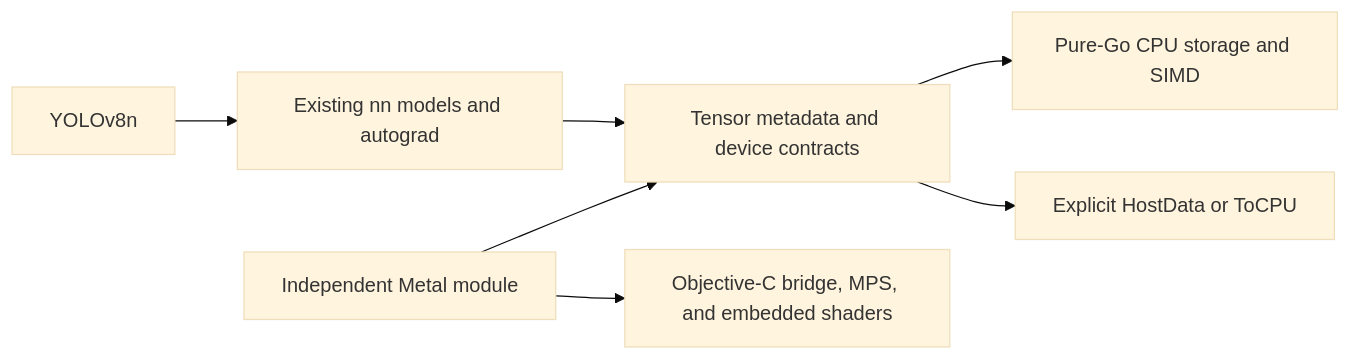
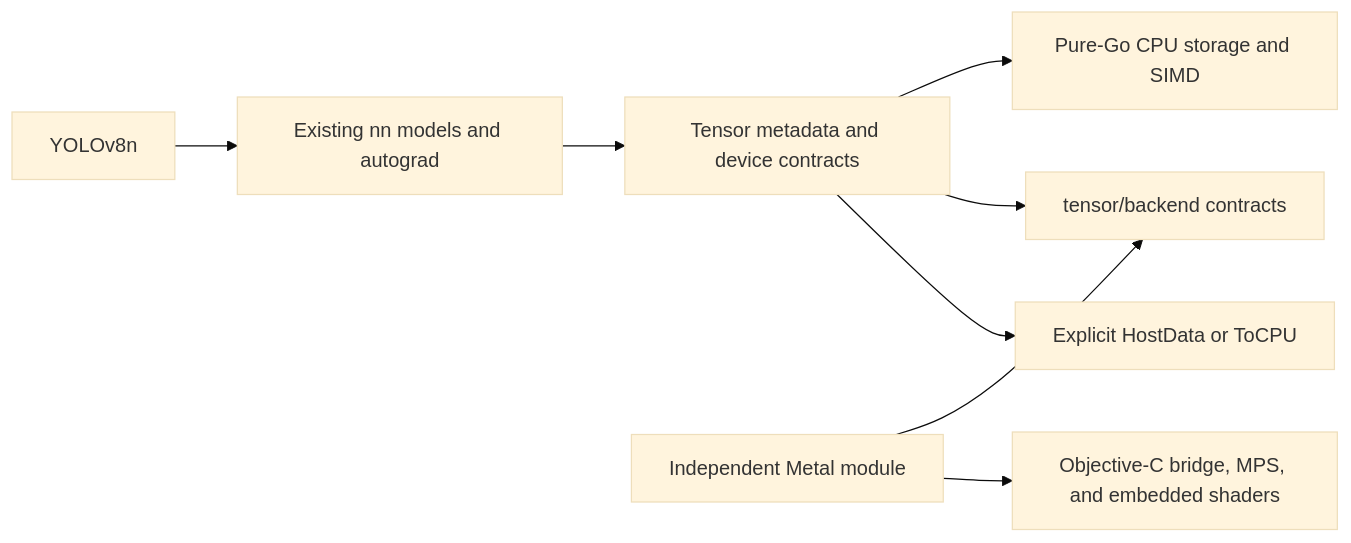
The first of 2 diagrams in docs/gpu.md (bpradana/goml), drawn with Mermaid (base theme) before and after one commit. The commit also changed other lines of this file and 21 other files, not shown here.

````diff
--- a/docs/gpu.md
+++ b/docs/gpu.md
@@ -11,9 +11,10 @@
 ```mermaid
 flowchart LR
     NN["Existing nn models and autograd"] --> Tensor["Tensor metadata and device contracts"]
     YOLO["YOLOv8n"] --> NN
     Tensor --> CPU["Pure-Go CPU storage and SIMD"]
-    Metal["Independent Metal module"] --> Tensor
+    Metal["Independent Metal module"] --> Contract["tensor/backend contracts"]
+    Tensor --> Contract
     Metal --> Native["Objective-C bridge, MPS, and embedded shaders"]
     Tensor --> Download["Explicit HostData or ToCPU"]
 ```
````
